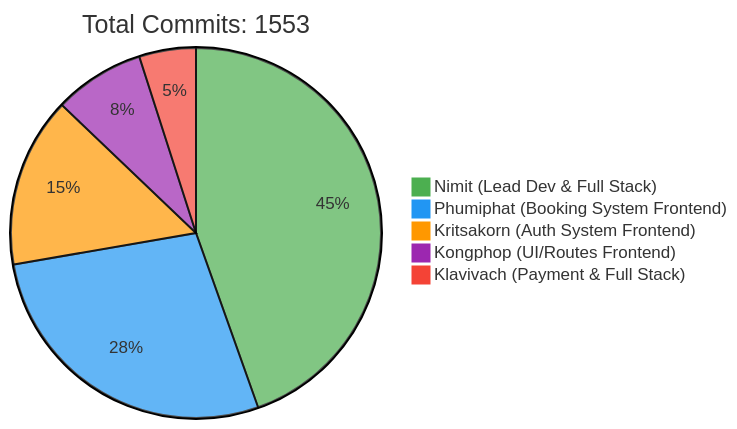
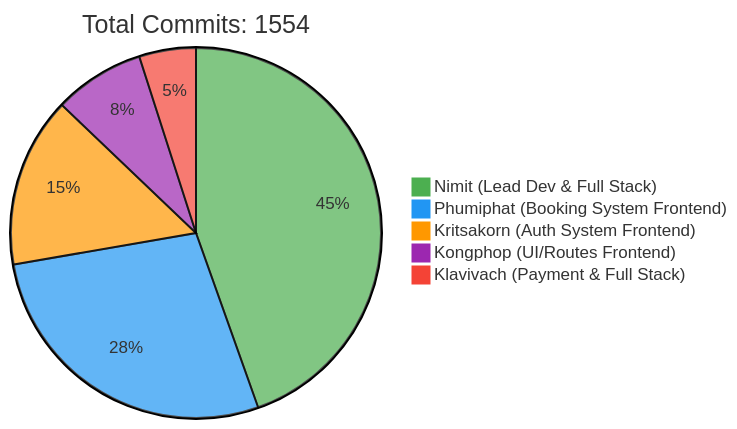
One commit to 6531503042/Sport-Complex changed the first of 2 diagrams in README.md. Above: the diagram before and after it, drawn with Mermaid. The commit also changed other lines of this file, not shown here.

Commit message:
docs: Update contributor statistics [skip ci]

````diff
--- a/README.md
+++ b/README.md
@@ -257,10 +257,10 @@
 ```mermaid
 %%{init: {'theme': 'base', 'themeVariables': { 'pie1': '#4CAF50', 'pie2': '#2196F3', 'pie3': '#FF9800', 'pie4': '#9C27B0', 'pie5': '#F44336'}}}%%
 pie
-    title Total Commits: 1553
+    title Total Commits: 1554
     "Nimit (Lead Dev & Full Stack)" : 450
     "Phumiphat (Booking System Frontend)" : 280
     "Kritsakorn (Auth System Frontend)" : 150
     "Kongphop (UI/Routes Frontend)" : 80
     "Klavivach (Payment & Full Stack)" : 50
 ```
````
